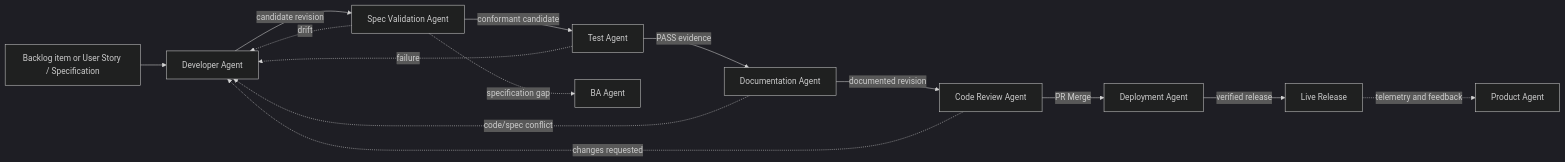
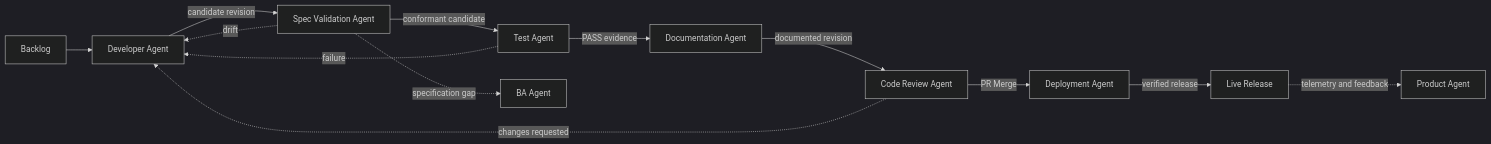
Before and after one commit to diegosfb/antigravity-task-runner: the second of 2 diagrams in .agents/documentation/Agentic Workflows/workflow-design/ADLC-design.md, drawn with Mermaid (dark theme). The commit also changed other lines of this file and 32 other files, not shown here.

````diff
--- a/.agents/documentation/Agentic Workflows/workflow-design/ADLC-design.md
+++ b/.agents/documentation/Agentic Workflows/workflow-design/ADLC-design.md
@@ -28,17 +29,16 @@
 ```mermaid
 flowchart LR
-    S[Backlog item or User Story / Specification] --> D[Developer Agent]
+    S[Backlog] --> D[Developer Agent]
     D -->|candidate revision| V[Spec Validation Agent]
     V -->|conformant candidate| T[Test Agent]
     T -->|PASS evidence| O[Documentation Agent]
     O -->|documented revision| R[Code Review Agent]
     R -->|PR Merge| E[Deployment Agent]
     E -->|verified release| LIVE[Live Release]
 
     V -. drift .-> D
     V -. specification gap .-> B[BA Agent]
     T -. failure .-> D
-    O -. code/spec conflict .-> D
     R -. changes requested .-> D
     LIVE -. telemetry and feedback .-> P[Product Agent]
 ```
````
